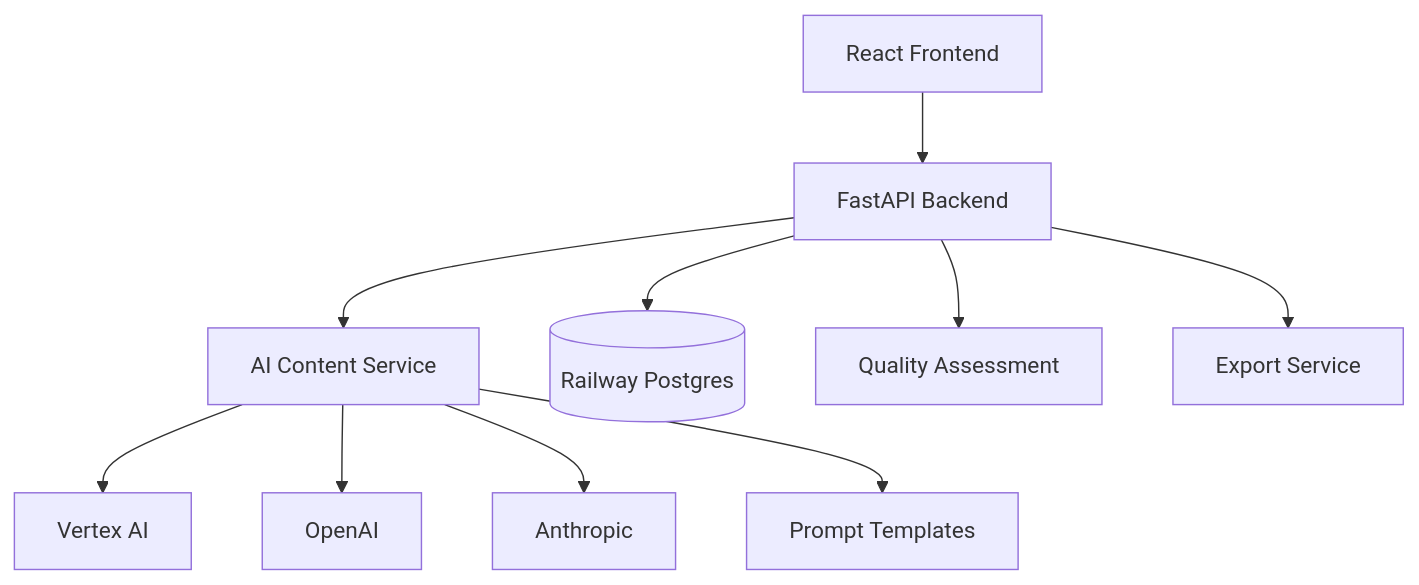
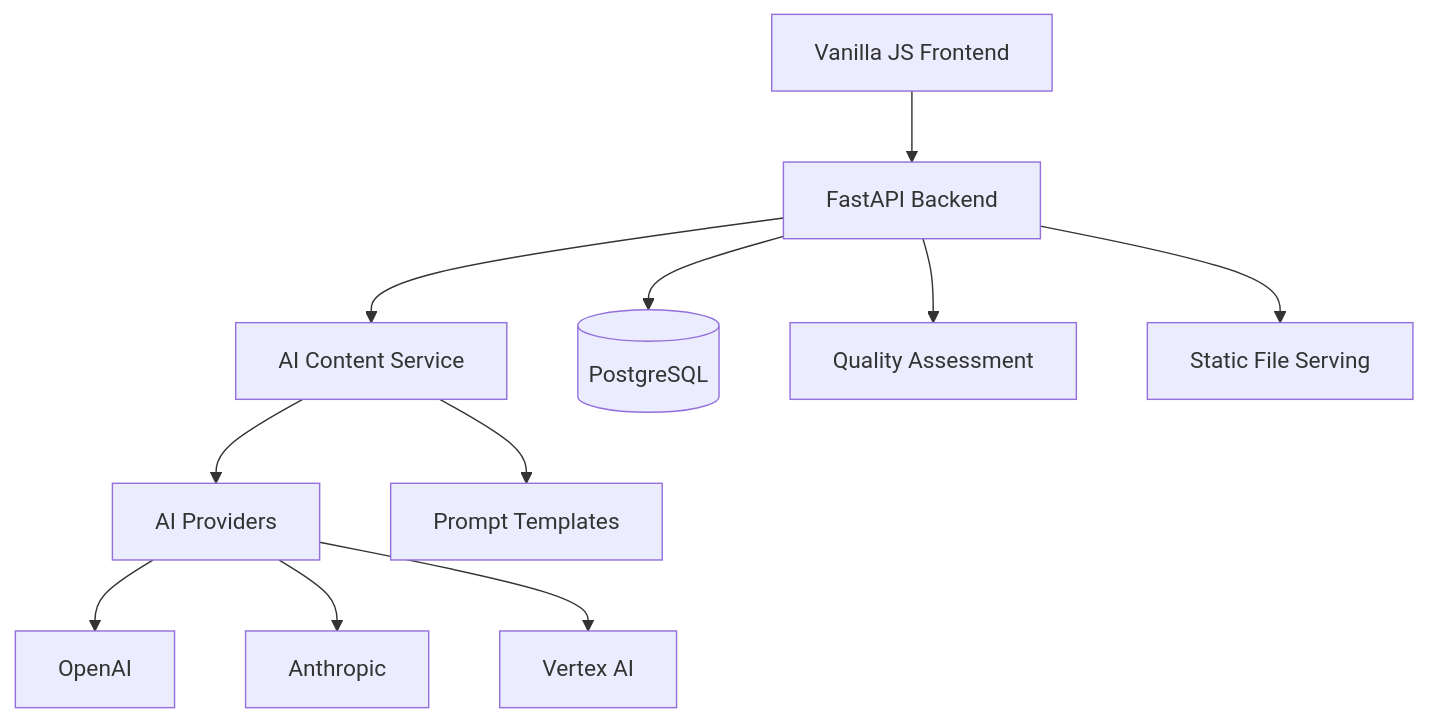
Before and after one commit to swm-sink/la-factoria-content-factory: the first of 2 diagrams in .claude/architecture/project-overview.md, drawn with Mermaid. The commit also changed other lines of this file, not shown here.

First line of the commit message:
CRITICAL: Fix architecture documentation context crisis

````diff
--- a/.claude/architecture/project-overview.md
+++ b/.claude/architecture/project-overview.md
@@ -21,12 +22,13 @@
 ```mermaid
 graph TB
-    UI[React Frontend] --> API[FastAPI Backend]
+    UI[Vanilla JS Frontend] --> API[FastAPI Backend]
     API --> AI[AI Content Service]
-    API --> DB[(Railway Postgres)]
-    AI --> VERTEX[Vertex AI]
-    AI --> OPENAI[OpenAI]
-    AI --> ANTHROPIC[Anthropic]
+    API --> DB[(PostgreSQL)]
+    AI --> PROVIDERS[AI Providers]
     AI --> PROMPTS[Prompt Templates]
     API --> QUALITY[Quality Assessment]
-    API --> EXPORT[Export Service]
+    API --> STATIC[Static File Serving]
+    PROVIDERS --> OPENAI[OpenAI]
+    PROVIDERS --> ANTHROPIC[Anthropic]
+    PROVIDERS --> VERTEX[Vertex AI]
 ```
````
